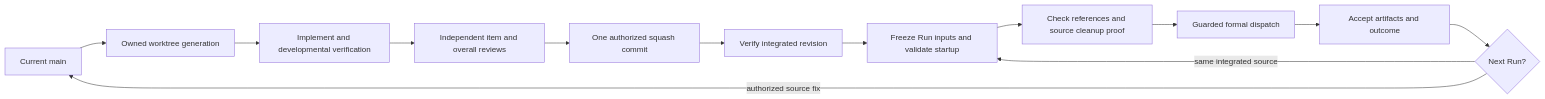
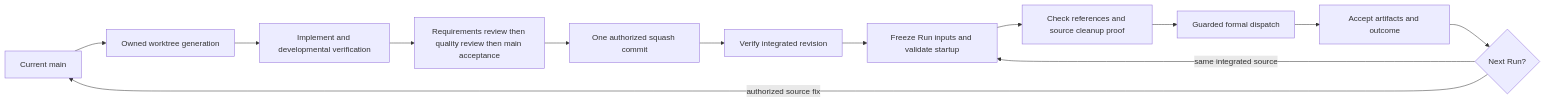
One commit to zihaozou/task-workflow-plugin changed the diagram in README.md. Above: the diagram before and after it, drawn with Mermaid. The commit also changed other lines of this file and 27 other files, not shown here.

````diff
--- a/README.md
+++ b/README.md
@@ -276,15 +329,15 @@
 ```mermaid
 flowchart LR
   A[Current main] --> B[Owned worktree generation]
   B --> C[Implement and developmental verification]
-  C --> D[Independent item and overall reviews]
+  C --> D[Requirements review then quality review then main acceptance]
   D --> E[One authorized squash commit]
   E --> F[Verify integrated revision]
   F --> G[Freeze Run inputs and validate startup]
   G --> H[Check references and source cleanup proof]
   H --> I[Guarded formal dispatch]
   I --> J[Accept artifacts and outcome]
   J --> K{Next Run?}
   K -->|same integrated source| G
   K -->|authorized source fix| A
 ```
````
